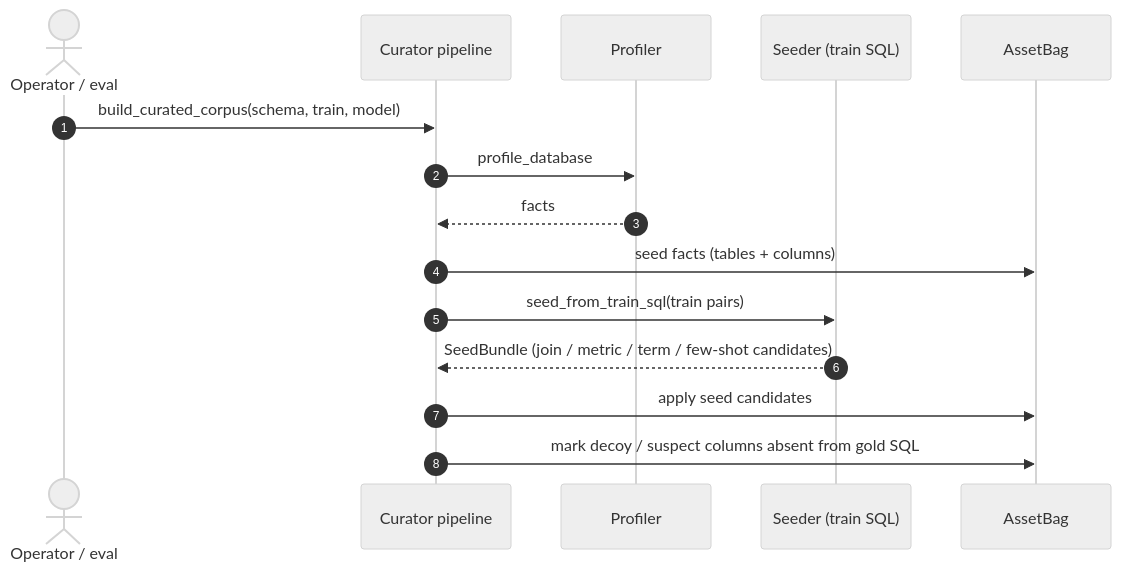
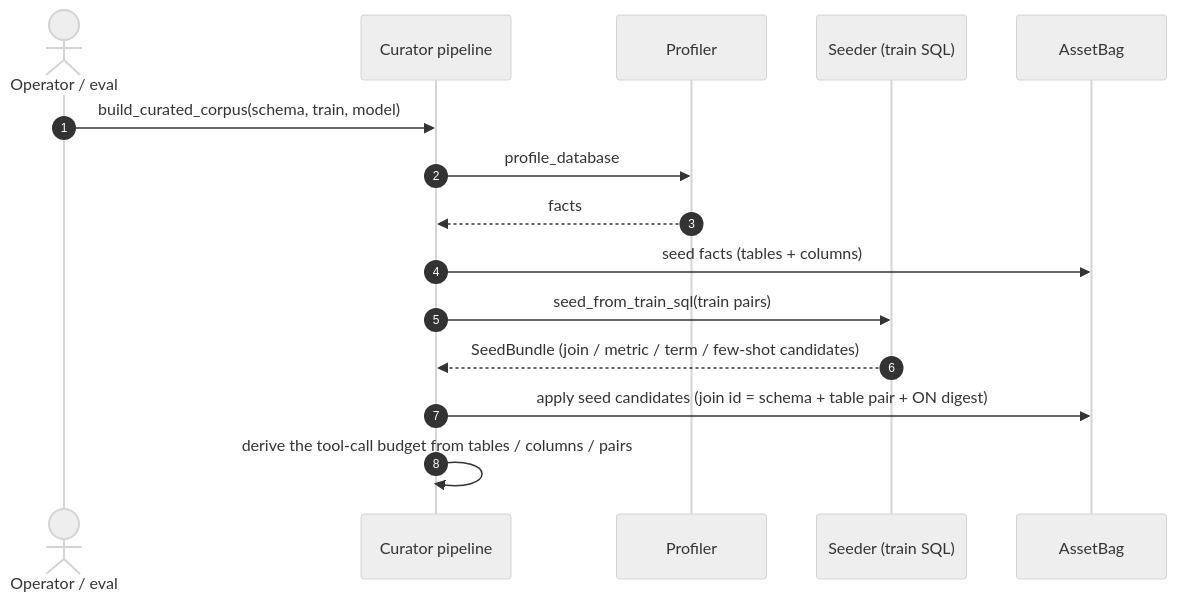
Before and after one commit to Minhao-Zhang/governed-bi: the third of 6 diagrams in docs/curator-sequence.md, drawn with Mermaid (neutral theme). The commit also changed other lines of this file and 25 other files, not shown here.

First line of the commit message:
fix(curator): the step budget that cost 30 of 57 schemas, and the blindness that hid why

````diff
--- a/docs/curator-sequence.md
+++ b/docs/curator-sequence.md
@@ -81,18 +82,18 @@
 ```mermaid
 sequenceDiagram
     autonumber
     actor OP as Operator / eval
     participant P as Curator pipeline
     participant PR as Profiler
     participant SD as Seeder (train SQL)
     participant BAG as AssetBag
 
     OP->>P: build_curated_corpus(schema, train, model)
     P->>PR: profile_database
     PR-->>P: facts
     P->>BAG: seed facts (tables + columns)
     P->>SD: seed_from_train_sql(train pairs)
     SD-->>P: SeedBundle (join / metric / term / few-shot candidates)
-    P->>BAG: apply seed candidates
-    P->>BAG: mark decoy / suspect columns absent from gold SQL
+    P->>BAG: apply seed candidates (join id = schema + table pair + ON digest)
+    P->>P: derive the tool-call budget from tables / columns / pairs
 ```
````
